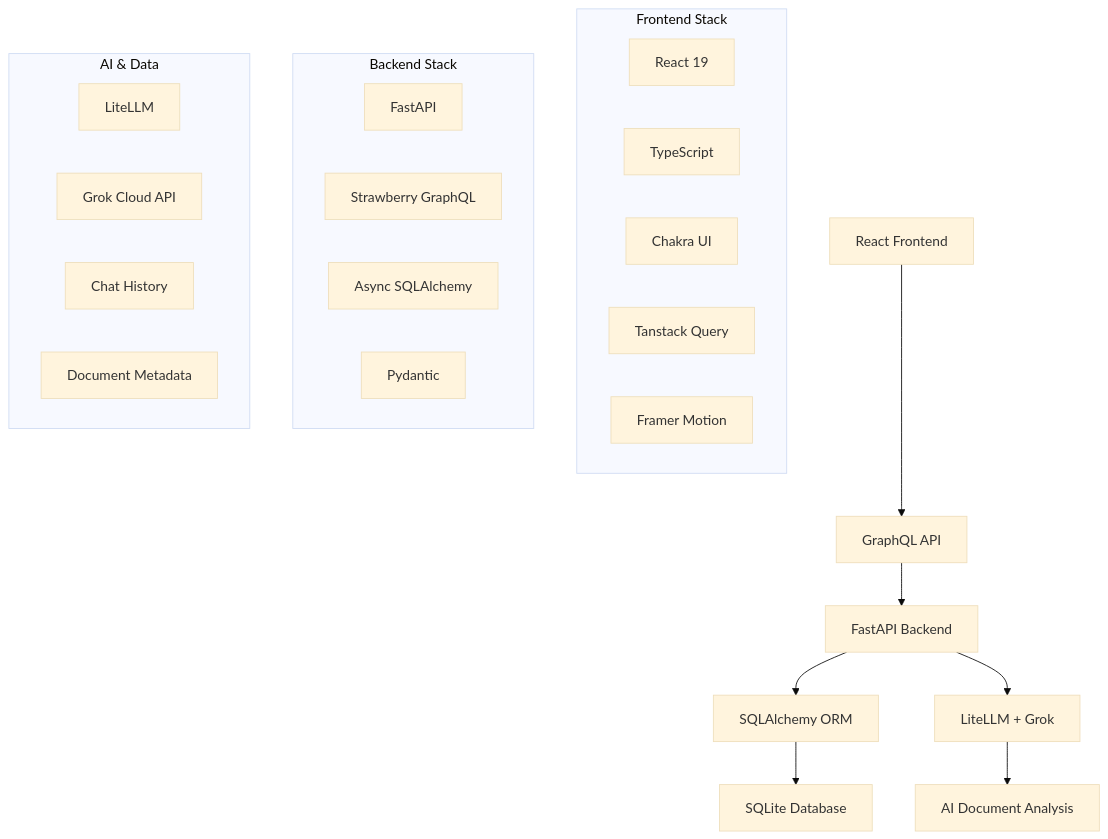
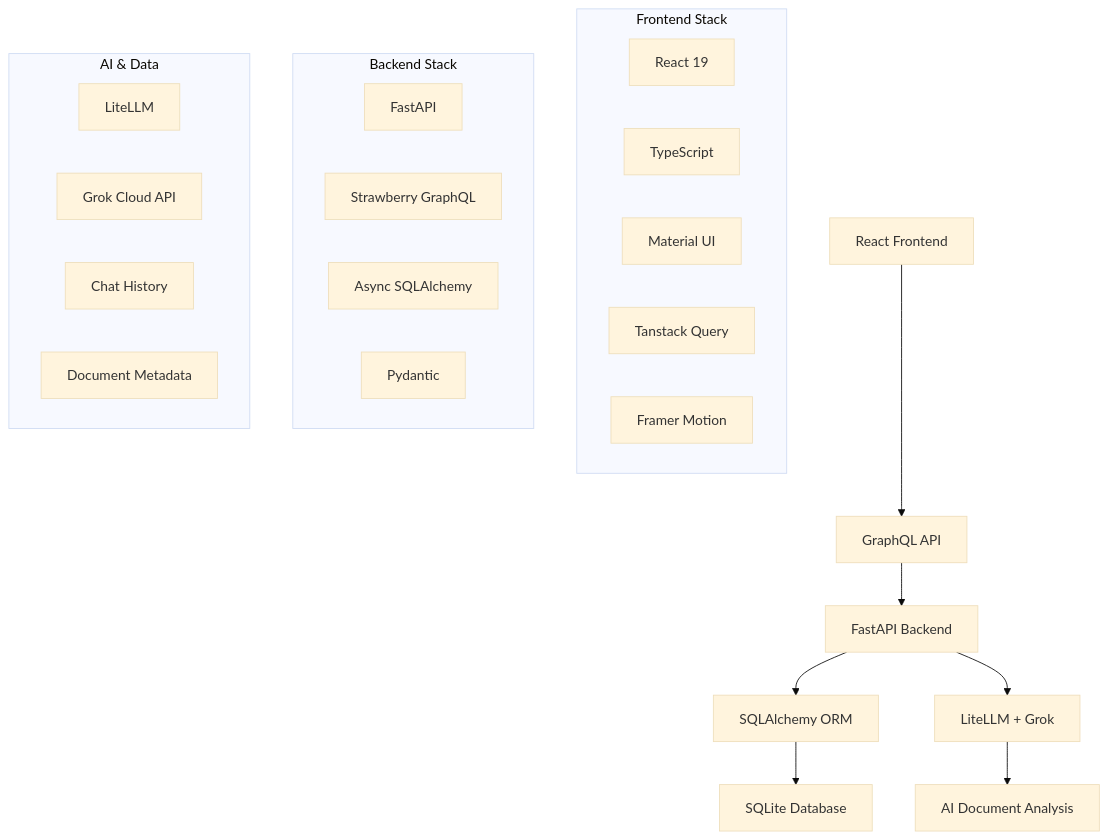
Before and after one commit to kamosah/fullstack-practice: the diagram in README.md, drawn with Mermaid (base theme). The commit also changed other lines of this file and 94 other files, not shown here.

````diff
--- a/README.md
+++ b/README.md
@@ -34,31 +34,31 @@
 ```mermaid
 graph TB
     A[React Frontend] --> B[GraphQL API]
     B --> C[FastAPI Backend]
     C --> D[SQLAlchemy ORM]
     C --> E[LiteLLM + Grok]
     D --> F[SQLite Database]
     E --> G[AI Document Analysis]
     
     subgraph "Frontend Stack"
         A1[React 19]
         A2[TypeScript]
-        A3[Chakra UI]
+        A3[Material UI]
         A4[Tanstack Query]
         A5[Framer Motion]
     end
     
     subgraph "Backend Stack"
         C1[FastAPI]
         C2[Strawberry GraphQL]
         C3[Async SQLAlchemy]
         C4[Pydantic]
     end
     
     subgraph "AI & Data"
         E1[LiteLLM]
         E2[Grok Cloud API]
         F1[Chat History]
         F2[Document Metadata]
     end
 ```
````
